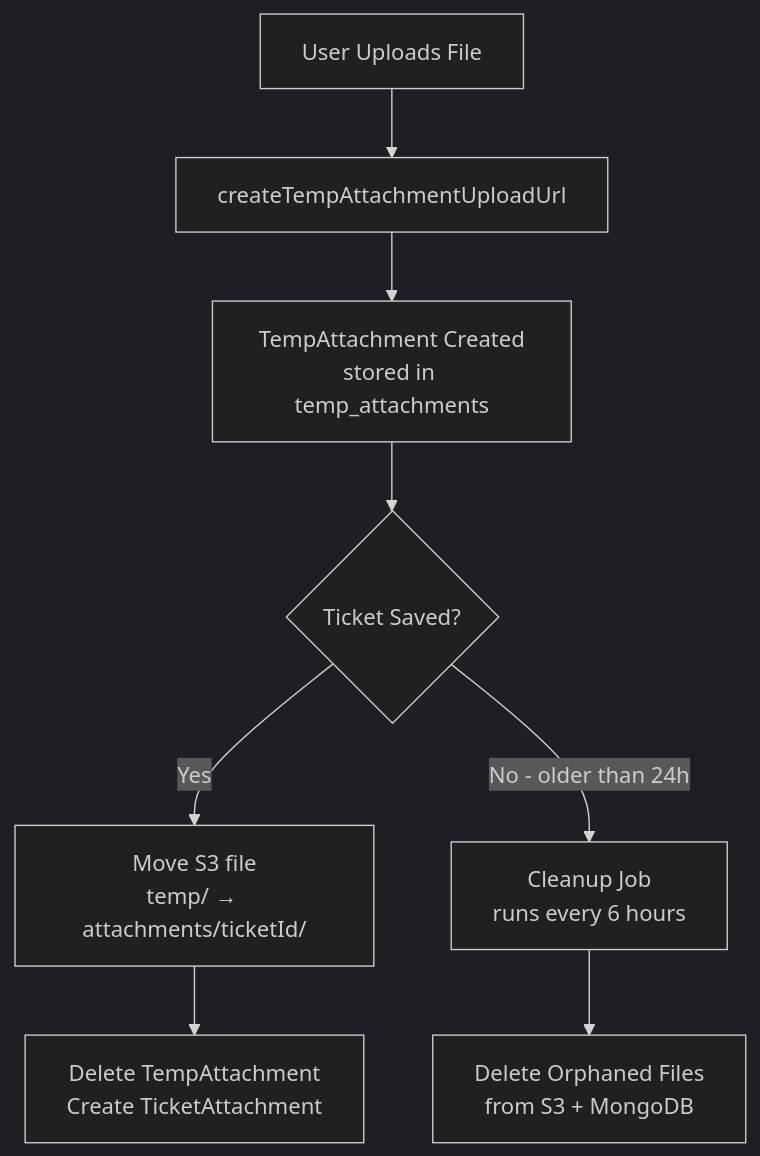
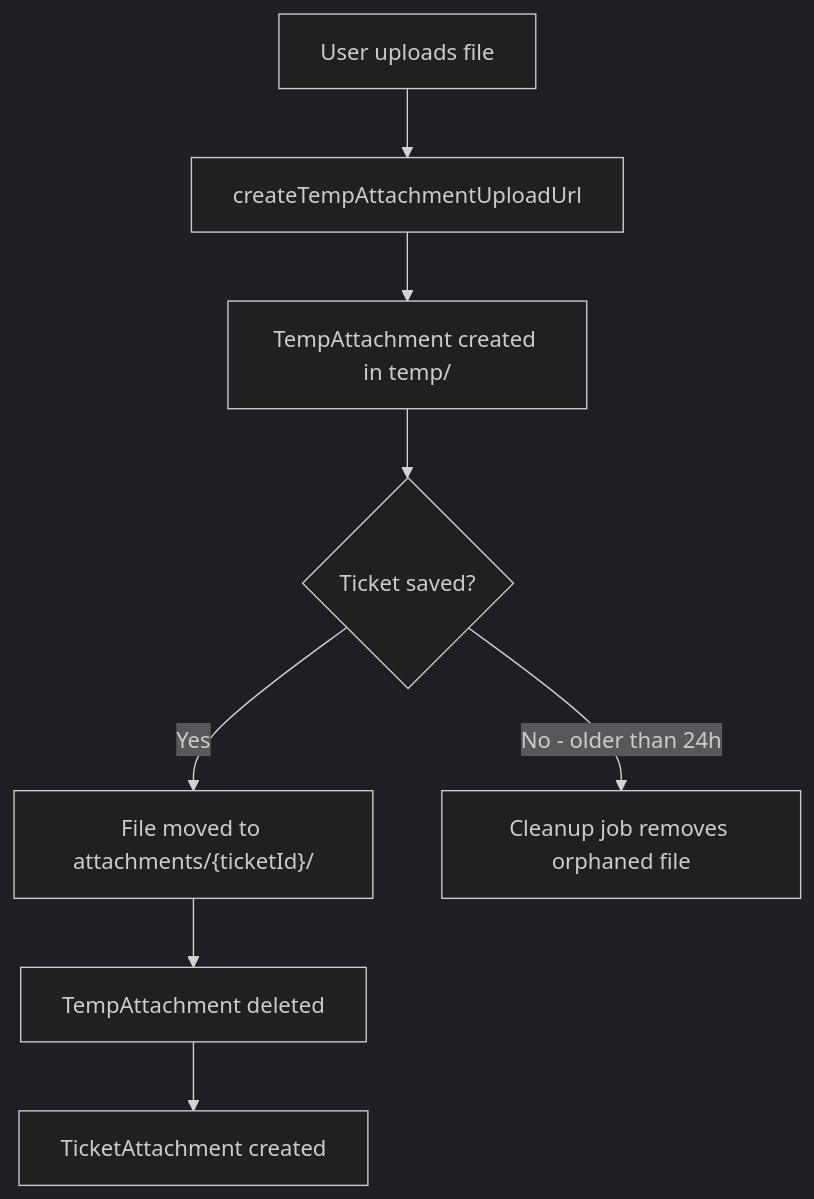
Before and after one commit to flamingo-stack/openframe-oss-lib: the diagram in openframe-data-mongo-common/src/main/java/com/openframe/data/document/ticket/.TempAttachment.md, drawn with Mermaid (dark theme). The commit also changed other lines of this file and 401 other files, not shown here.

````diff
--- a/openframe-data-mongo-common/src/main/java/com/openframe/data/document/ticket/.TempAttachment.md
+++ b/openframe-data-mongo-common/src/main/java/com/openframe/data/document/ticket/.TempAttachment.md
@@ -18,10 +19,10 @@
 ```mermaid
 graph TD
-    A["User Uploads File"] --> B["createTempAttachmentUploadUrl"]
-    B --> C["TempAttachment Created\nstored in temp_attachments"]
-    C --> D{"Ticket Saved?"}
-    D -->|Yes| E["Move S3 file\ntemp/ → attachments/ticketId/"]
-    E --> F["Delete TempAttachment\nCreate TicketAttachment"]
-    D -->|No - older than 24h| G["Cleanup Job\nruns every 6 hours"]
-    G --> H["Delete Orphaned Files\nfrom S3 + MongoDB"]
+    A["User uploads file"] --> B["createTempAttachmentUploadUrl"]
+    B --> C["TempAttachment created in temp/"]
+    C --> D{"Ticket saved?"}
+    D -->|"Yes"| E["File moved to attachments/{ticketId}/"]
+    E --> F["TempAttachment deleted"]
+    F --> G["TicketAttachment created"]
+    D -->|"No - older than 24h"| H["Cleanup job removes orphaned file"]
 ```
````
